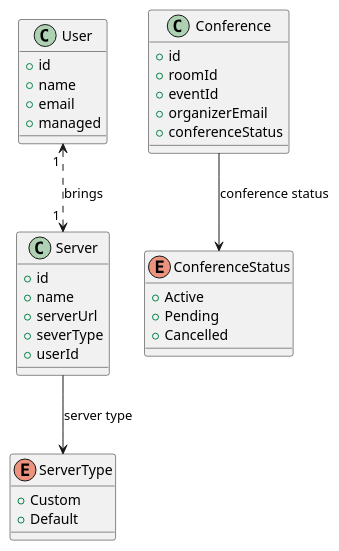
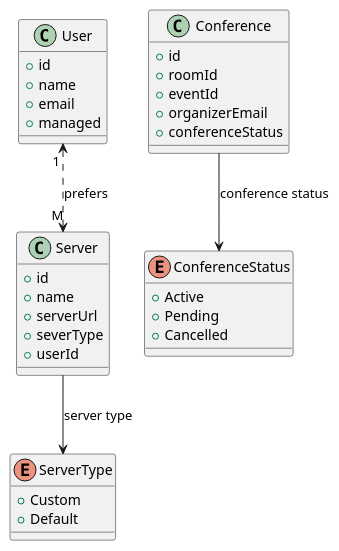
The diagram in docs/er_conference_plantUML.puml (teenthofabud/jitsi-videoconference-moderator), drawn with PlantUML before and after one commit. The commit also changed 19 other files, not shown here.

Commit message:
change major APIs to rely on actual server ID, intentional duplication in server API keeping the user -> server relation as 1 to N, no hard jpa relations but mapped using respective ID fields

```diff
--- a/docs/er_conference_plantUML.puml
+++ b/docs/er_conference_plantUML.puml
@@ -1,46 +1,46 @@
     @startuml
 
     class User {
       +id
       +name
       +email
       +managed
     }
 
     class Server {
       +id
       +name
       +serverUrl
       +severType
       +userId
     }
 
     class Conference {
       +id
       +roomId
       +eventId
       +organizerEmail
       +conferenceStatus
 
     }
 
     enum ServerType{
      +Custom
      +Default
     }
 
     enum ConferenceStatus{
      +Active
      +Pending
      +Cancelled
     }
 
     Server --> ServerType : server type
 
 
 
-    User "1 " <..> "1 " Server : brings
+    User "1 " <..> "M" Server : prefers
 
     Conference --> ConferenceStatus : conference status
 
     @enduml
```
